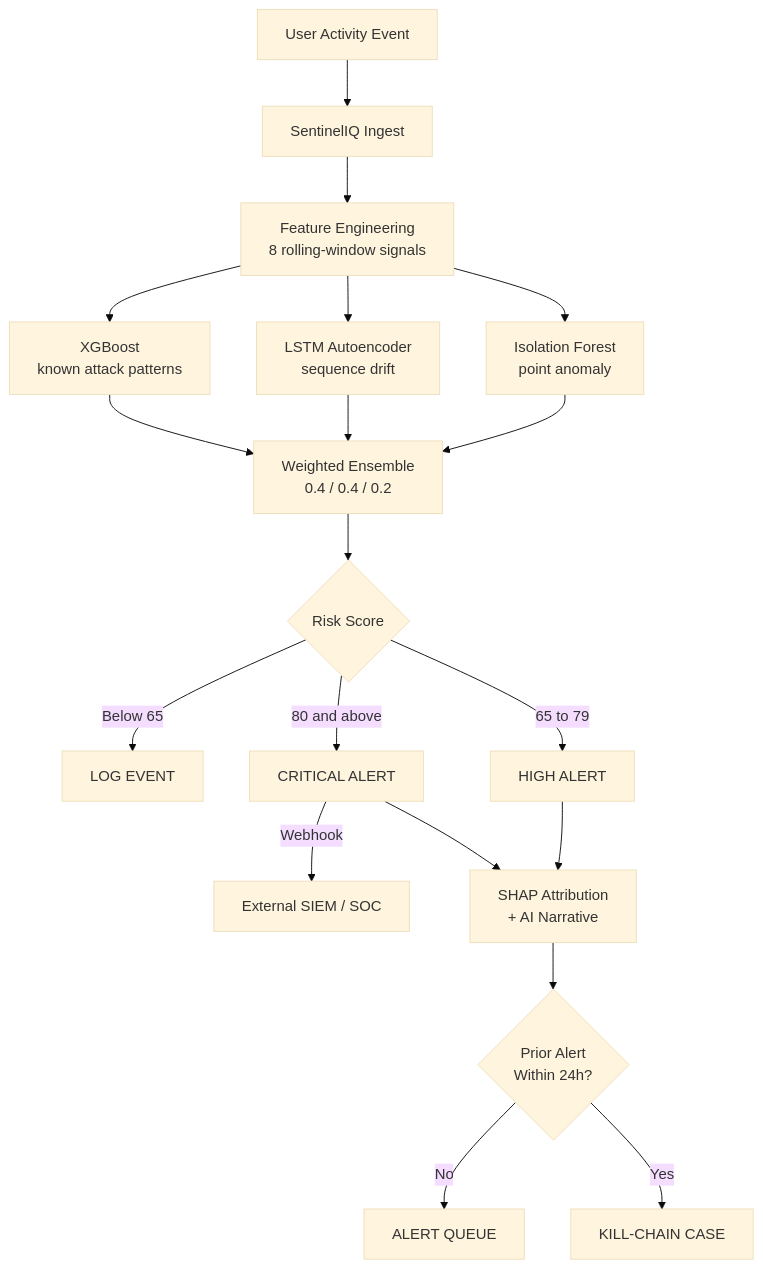
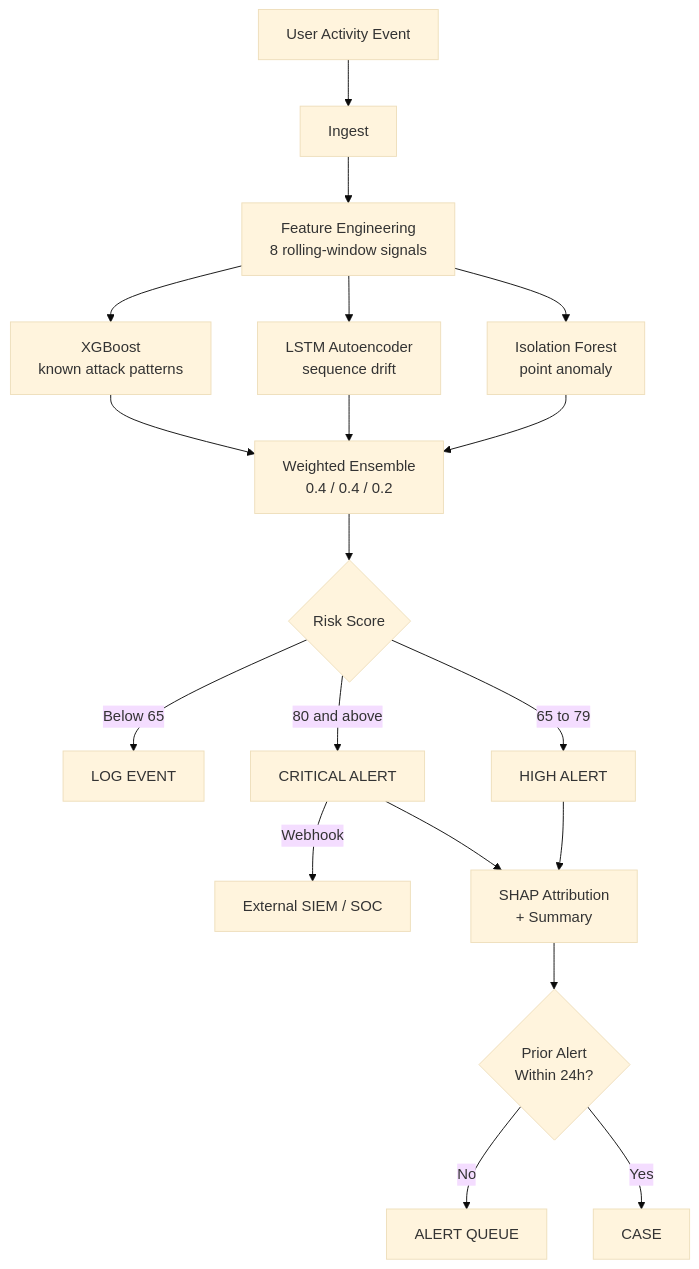
The first of 4 diagrams in README.md (TeamSigmoidIdea20/sentineliq), drawn with Mermaid (base theme) before and after one commit. The commit also changed other lines of this file, not shown here.

Commit message:
Rewrite README in a plainer style and add a short idea summary

````diff
--- a/README.md
+++ b/README.md
@@ -152,21 +99,21 @@
 ```mermaid
 flowchart TD
-    A[User Activity Event] --> B[SentinelIQ Ingest]
+    A[User Activity Event] --> B[Ingest]
     B --> C[Feature Engineering<br/>8 rolling-window signals]
     C --> D[Isolation Forest<br/>point anomaly]
     C --> E[LSTM Autoencoder<br/>sequence drift]
     C --> F[XGBoost<br/>known attack patterns]
     D --> G[Weighted Ensemble<br/>0.4 / 0.4 / 0.2]
     E --> G
     F --> G
     G --> H{Risk Score}
     H -->|Below 65| I[LOG EVENT]
     H -->|65 to 79| J[HIGH ALERT]
     H -->|80 and above| K[CRITICAL ALERT]
     K -->|Webhook| L[External SIEM / SOC]
-    J --> M[SHAP Attribution<br/>+ AI Narrative]
+    J --> M[SHAP Attribution<br/>+ Summary]
     K --> M
     M --> N{Prior Alert<br/>Within 24h?}
     N -->|No| O[ALERT QUEUE]
-    N -->|Yes| P[KILL-CHAIN CASE]
+    N -->|Yes| P[CASE]
 ```
````
